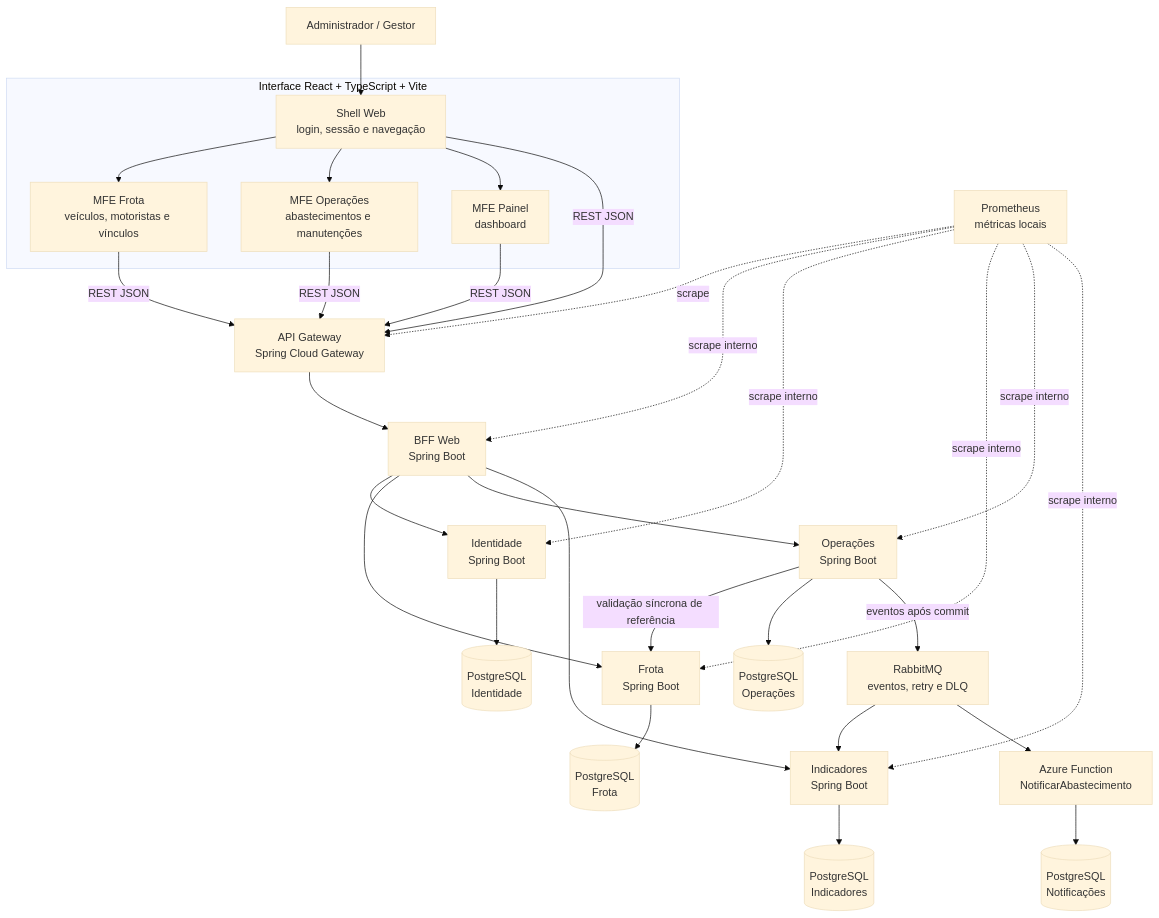
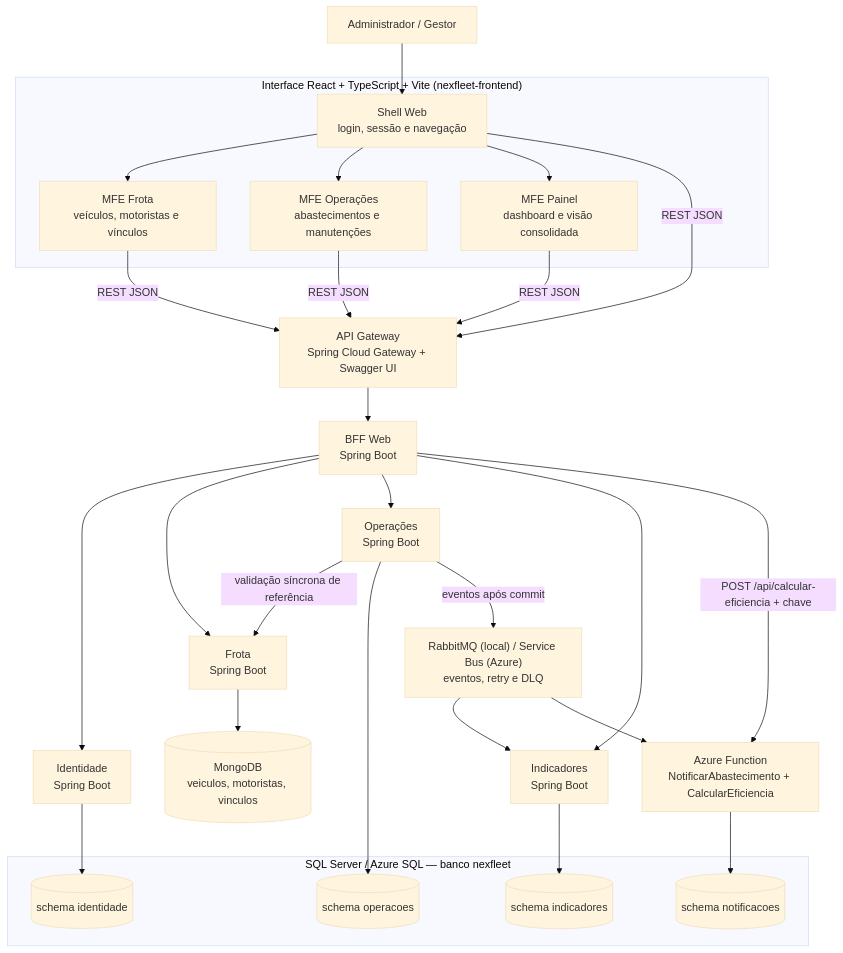
Before and after one commit to mateusblm/nexfleet: the second of 14 diagrams in docs/DIAGRAMAS-ARQUITETURA.md, drawn with Mermaid (base theme). The commit also changed other lines of this file, not shown here.

Commit message:
Diagramas da v1.0.0: Frota no MongoDB, demais serviços no Azure SQL por schema e visão consolidada

````diff
--- a/docs/DIAGRAMAS-ARQUITETURA.md
+++ b/docs/DIAGRAMAS-ARQUITETURA.md
@@ -34,59 +36,54 @@
 ```mermaid
 flowchart TB
   pessoa["Administrador / Gestor"]
 
-  subgraph web["Interface React + TypeScript + Vite"]
+  subgraph web["Interface React + TypeScript + Vite (nexfleet-frontend)"]
     shell["Shell Web<br/>login, sessão e navegação"]
     mfeFrota["MFE Frota<br/>veículos, motoristas e vínculos"]
     mfeOperacoes["MFE Operações<br/>abastecimentos e manutenções"]
-    mfePainel["MFE Painel<br/>dashboard"]
+    mfePainel["MFE Painel<br/>dashboard e visão consolidada"]
   end
 
-  gateway["API Gateway<br/>Spring Cloud Gateway"]
+  gateway["API Gateway<br/>Spring Cloud Gateway + Swagger UI"]
   bff["BFF Web<br/>Spring Boot"]
   identidade["Identidade<br/>Spring Boot"]
   frota["Frota<br/>Spring Boot"]
   operacoes["Operações<br/>Spring Boot"]
   indicadores["Indicadores<br/>Spring Boot"]
-  rabbit["RabbitMQ<br/>eventos, retry e DLQ"]
-  function["Azure Function<br/>NotificarAbastecimento"]
-  prometheus["Prometheus<br/>métricas locais"]
+  broker["RabbitMQ (local) / Service Bus (Azure)<br/>eventos, retry e DLQ"]
+  function["Azure Function<br/>NotificarAbastecimento + CalcularEficiencia"]
 
-  dbIdentidade[("PostgreSQL<br/>Identidade")]
-  dbFrota[("PostgreSQL<br/>Frota")]
-  dbOperacoes[("PostgreSQL<br/>Operações")]
-  dbIndicadores[("PostgreSQL<br/>Indicadores")]
-  dbNotificacoes[("PostgreSQL<br/>Notificações")]
+  mongo[("MongoDB<br/>veiculos, motoristas, vinculos")]
+  subgraph sql["SQL Server / Azure SQL — banco nexfleet"]
+    schIdentidade[("schema identidade")]
+    schOperacoes[("schema operacoes")]
+    schIndicadores[("schema indicadores")]
+    schNotificacoes[("schema notificacoes")]
+  end
 
   pessoa --> shell
   shell --> mfeFrota
   shell --> mfeOperacoes
   shell --> mfePainel
   shell -->|REST JSON| gateway
   mfeFrota -->|REST JSON| gateway
   mfeOperacoes -->|REST JSON| gateway
   mfePainel -->|REST JSON| gateway
   gateway --> bff
   bff --> identidade
   bff --> frota
   bff --> operacoes
   bff --> indicadores
+  bff -->|POST /api/calcular-eficiencia + chave| function
   operacoes -->|validação síncrona de referência| frota
 
-  identidade --> dbIdentidade
-  frota --> dbFrota
-  operacoes --> dbOperacoes
-  indicadores --> dbIndicadores
-  function --> dbNotificacoes
+  identidade --> schIdentidade
+  frota --> mongo
+  operacoes --> schOperacoes
+  indicadores --> schIndicadores
+  function --> schNotificacoes
 
-  operacoes -->|eventos após commit| rabbit
-  rabbit --> indicadores
-  rabbit --> function
-
-  prometheus -.->|scrape| gateway
-  prometheus -.->|scrape interno| bff
-  prometheus -.->|scrape interno| identidade
-  prometheus -.->|scrape interno| frota
-  prometheus -.->|scrape interno| operacoes
-  prometheus -.->|scrape interno| indicadores
+  operacoes -->|eventos após commit| broker
+  broker --> indicadores
+  broker --> function
 ```
````
